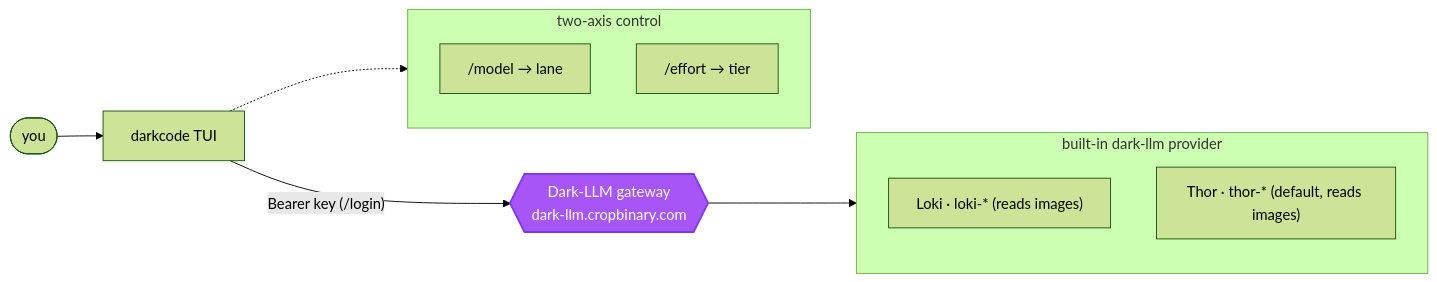
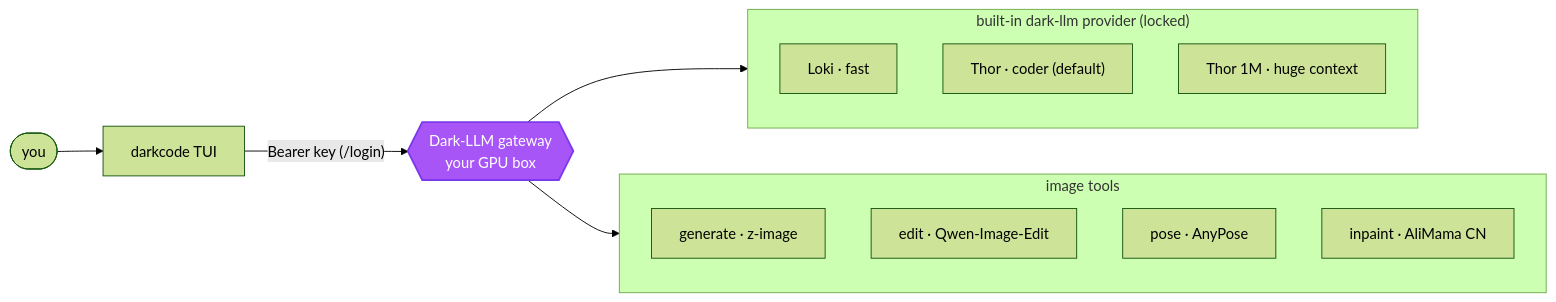
The diagram in README.md (dark-crop/darkcode-cli), drawn with Mermaid (forest theme) before and after one commit. The commit also changed other lines of this file and 13 other files, not shown here.

First line of the commit message:
feat: inpaint mode, login key masking, location-aware env, publish docs

````diff
--- a/README.md
+++ b/README.md
@@ -107,23 +55,24 @@
 ```mermaid
 flowchart LR
     U(["you"]) --> DC["darkcode TUI"]
+    DC -->|"Bearer key (/login)"| G{{"Dark-LLM gateway<br/>your GPU box"}}
 
-    subgraph control["two-axis control"]
+    subgraph lanes["built-in dark-llm provider (locked)"]
         direction TB
-        M["/model → lane"]
-        E["/effort → tier"]
+        LK["Loki · fast"]
+        TH["Thor · coder (default)"]
+        T1["Thor 1M · huge context"]
     end
-    DC -.-> control
-
-    DC -->|"Bearer key (/login)"| G{{"Dark-LLM gateway<br/>dark-llm.cropbinary.com"}}
-
-    subgraph lanes["built-in dark-llm provider"]
+    subgraph img["image tools"]
         direction TB
-        SG["Loki · loki-* (reads images)"]
-        TH["Thor · thor-* (default, reads images)"]
+        GEN["generate · z-image"]
+        EDT["edit · Qwen-Image-Edit"]
+        POSE["pose · AnyPose"]
+        INP["inpaint · AliMama CN"]
     end
     G --> lanes
+    G --> img
 
     classDef hub fill:#a855f7,stroke:#7c3aed,stroke-width:2px,color:#fff
     class G hub
 ```
````
